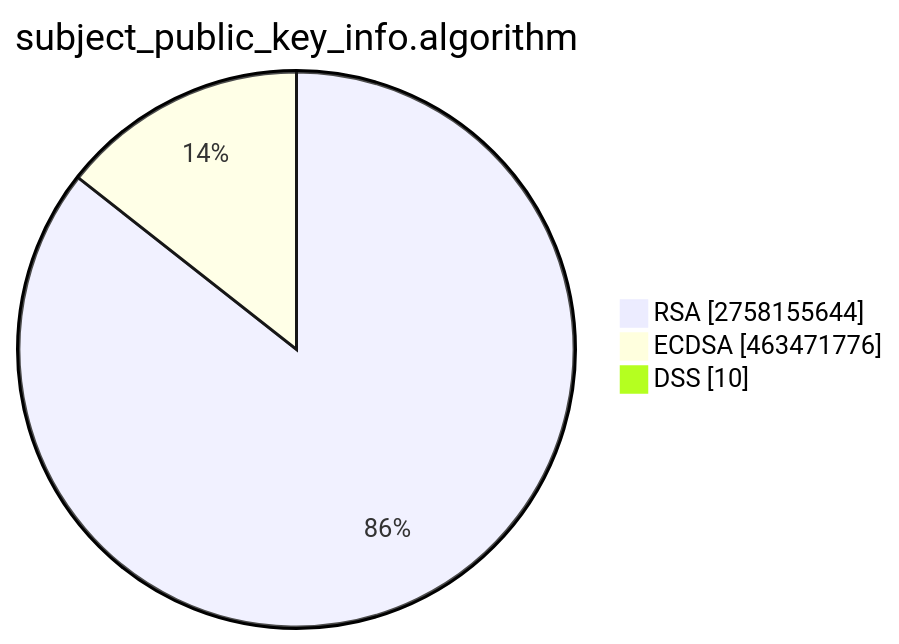
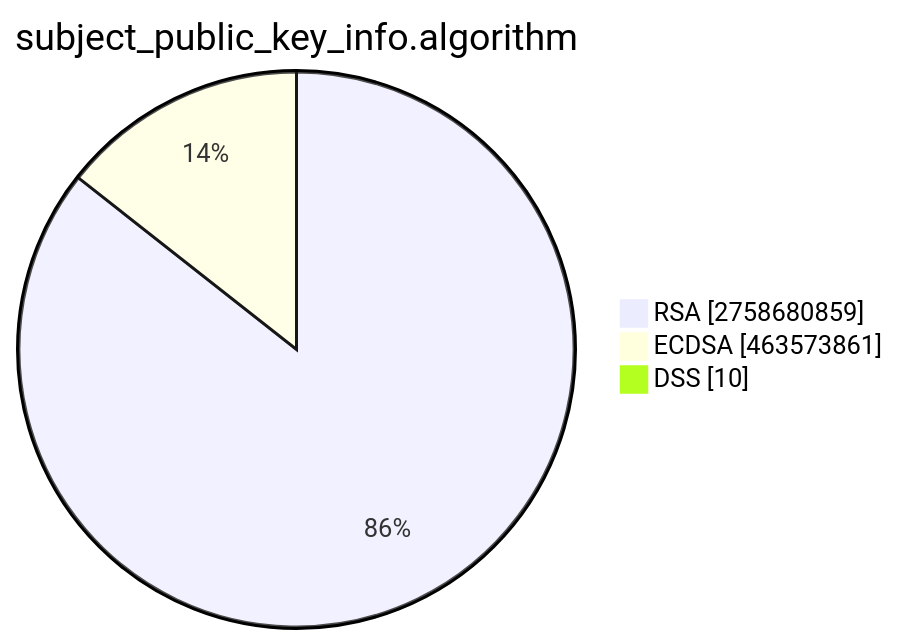
One commit to christiankrug/ctmonitor_visualization changed the second of 15 diagrams in TOTAL/README.md. Above: the diagram before and after it, drawn with Mermaid. The commit also changed other lines of this file, not shown here.

````diff
--- a/TOTAL/README.md
+++ b/TOTAL/README.md
@@ -6,7 +6,7 @@
 ```mermaid
 pie showData
 title subject_public_key_info.algorithm
-"RSA" :2758155644
-"ECDSA" :463471776
+"RSA" :2758680859
+"ECDSA" :463573861
 "DSS" :10
 ```
````
